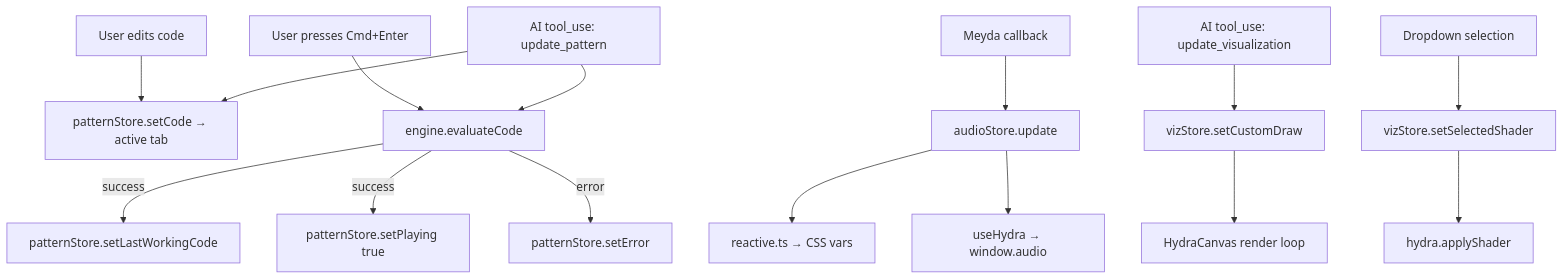
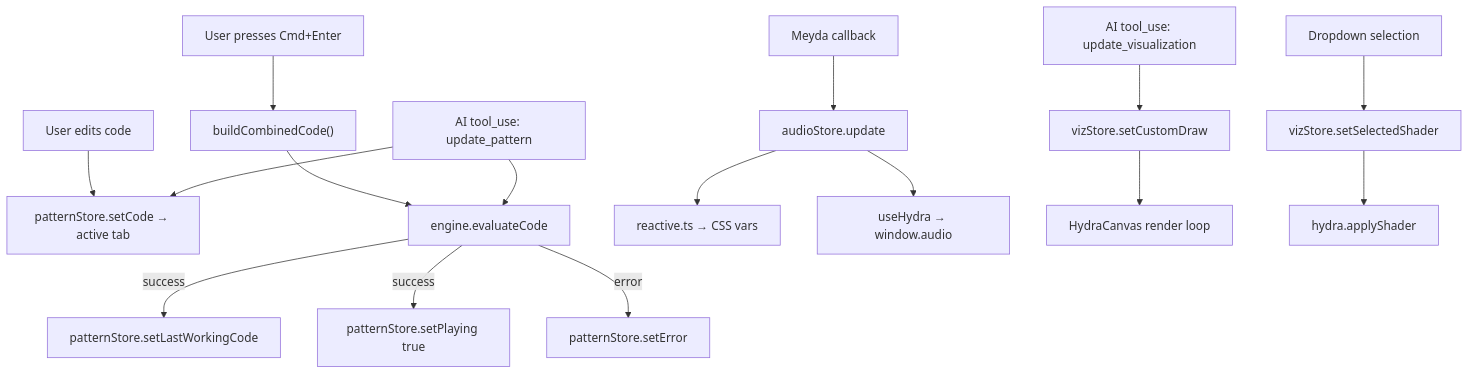
One commit to weathermachine/EuroHack changed the fifth of 21 diagrams in docs/how-it-works.md. Above: the diagram before and after it, drawn with Mermaid. The commit also changed other lines of this file and 4 other files, not shown here.

````diff
--- a/docs/how-it-works.md
+++ b/docs/how-it-works.md
@@ -237,21 +241,22 @@
 ```mermaid
 flowchart TD
     USER_EDIT[User edits code] --> PS_CODE[patternStore.setCode → active tab]
-    CMD_ENTER[User presses Cmd+Enter] --> EVAL[engine.evaluateCode]
+    CMD_ENTER[User presses Cmd+Enter] --> BUILD_COMBINED["buildCombinedCode()"]
+    BUILD_COMBINED --> EVAL[engine.evaluateCode]
     EVAL -->|success| PS_LWC[patternStore.setLastWorkingCode]
     EVAL -->|success| PS_PLAY[patternStore.setPlaying true]
     EVAL -->|error| PS_ERR[patternStore.setError]
 
     AI_TOOL[AI tool_use: update_pattern] --> PS_CODE
     AI_TOOL --> EVAL
 
     MEYDA[Meyda callback] --> AS_UPDATE[audioStore.update]
     AS_UPDATE --> REACTIVE_CSS["reactive.ts → CSS vars"]
     AS_UPDATE --> HYDRA_BRIDGE["useHydra → window.audio"]
 
     AI_VIZ[AI tool_use: update_visualization] --> VS_DRAW[vizStore.setCustomDraw]
     VS_DRAW --> VIZ_RENDER[HydraCanvas render loop]
 
     SHADER_SELECT[Dropdown selection] --> VS_SHADER[vizStore.setSelectedShader]
     VS_SHADER --> HYDRA_APPLY[hydra.applyShader]
 ```
````
